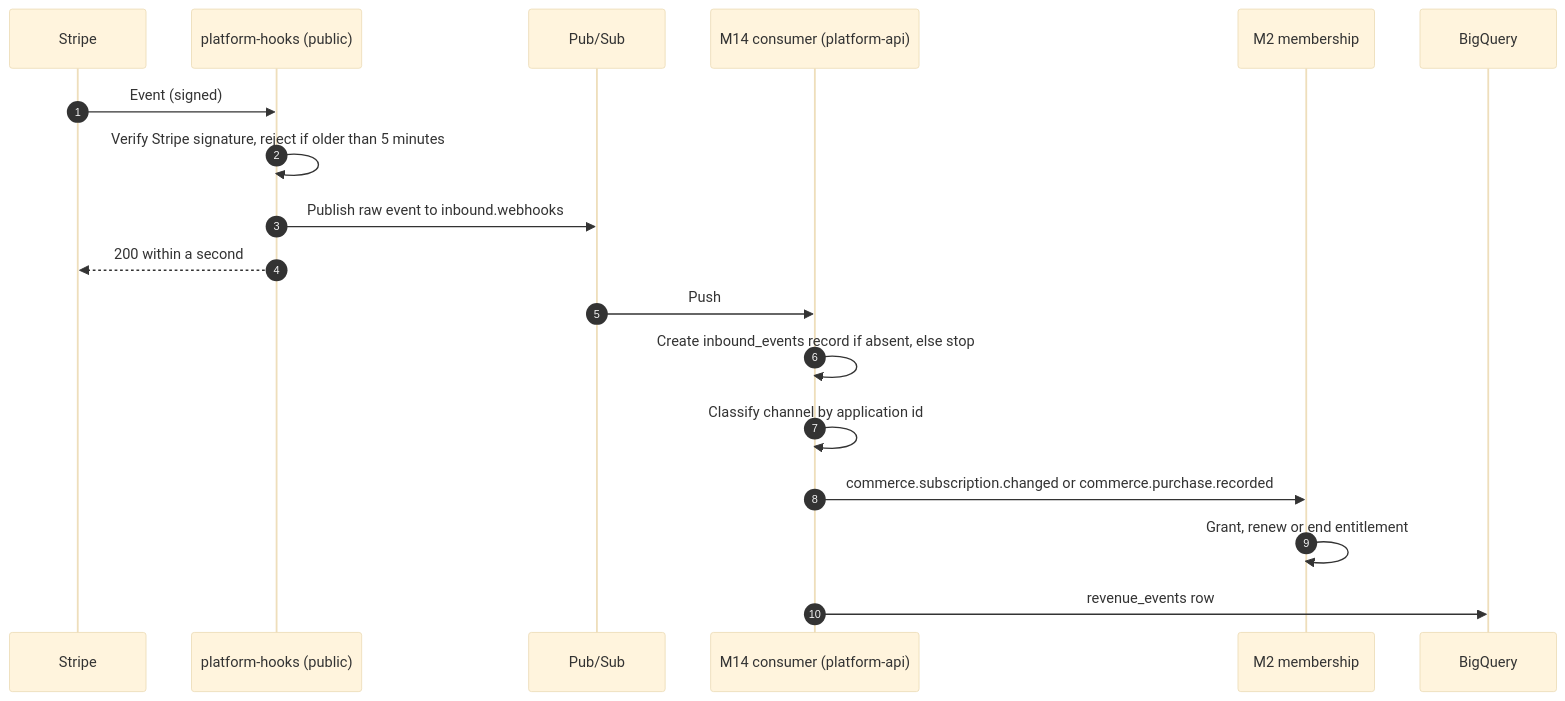
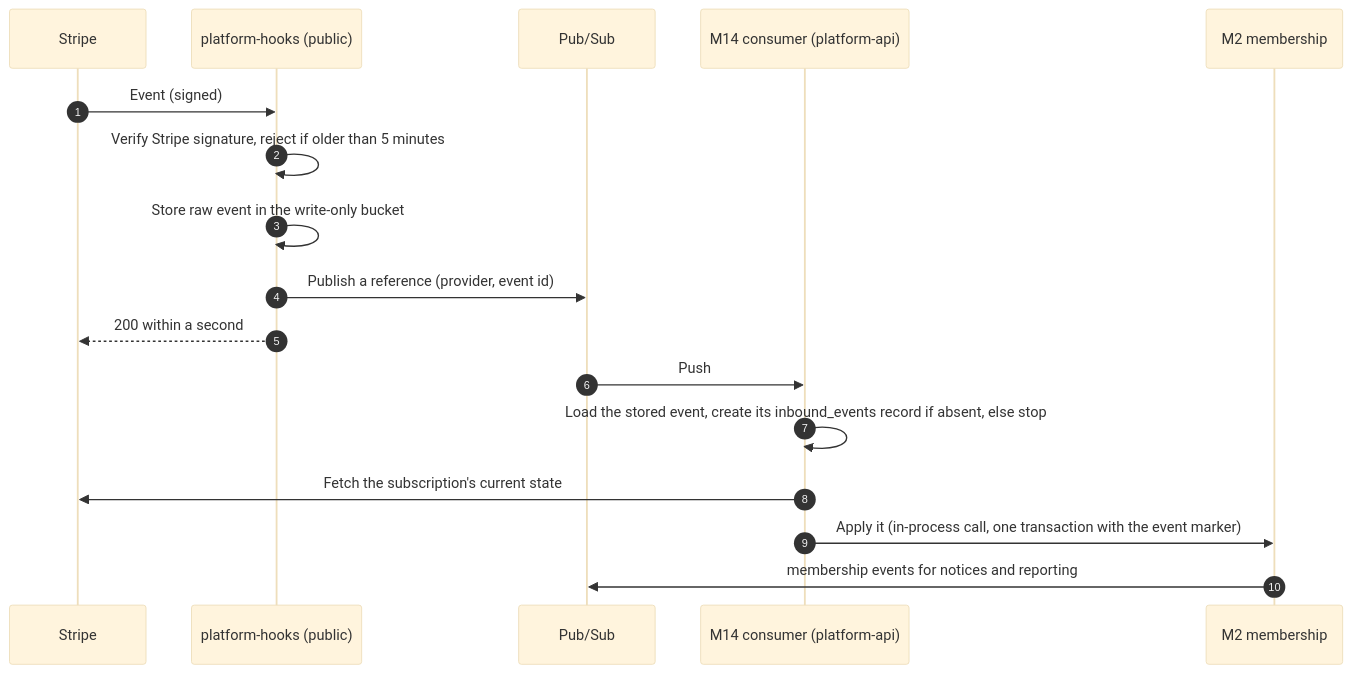
Before and after one commit to elenaokhonko-eng/audhd-research-platform: the second of 3 diagrams in docs/architecture/03-commerce-and-revenue.md, drawn with Mermaid (base theme). The commit also changed other lines of this file and 21 other files, not shown here.

First line of the commit message:
Architecture v4: fixes from two independent reviews

````diff
--- a/docs/architecture/03-commerce-and-revenue.md
+++ b/docs/architecture/03-commerce-and-revenue.md
@@ -50,20 +51,19 @@
 ```mermaid
 sequenceDiagram
   autonumber
   participant S as Stripe
   participant H as platform-hooks (public)
   participant P as Pub/Sub
   participant C as M14 consumer (platform-api)
   participant M as M2 membership
-  participant B as BigQuery
   S->>H: Event (signed)
   H->>H: Verify Stripe signature, reject if older than 5 minutes
-  H->>P: Publish raw event to inbound.webhooks
+  H->>H: Store raw event in the write-only bucket
+  H->>P: Publish a reference (provider, event id)
   H-->>S: 200 within a second
   P->>C: Push
-  C->>C: Create inbound_events record if absent, else stop
-  C->>C: Classify channel by application id
-  C->>M: commerce.subscription.changed or commerce.purchase.recorded
-  M->>M: Grant, renew or end entitlement
-  C->>B: revenue_events row
+  C->>C: Load the stored event, create its inbound_events record if absent, else stop
+  C->>S: Fetch the subscription's current state
+  C->>M: Apply it (in-process call, one transaction with the event marker)
+  M->>P: membership events for notices and reporting
 ```
````
